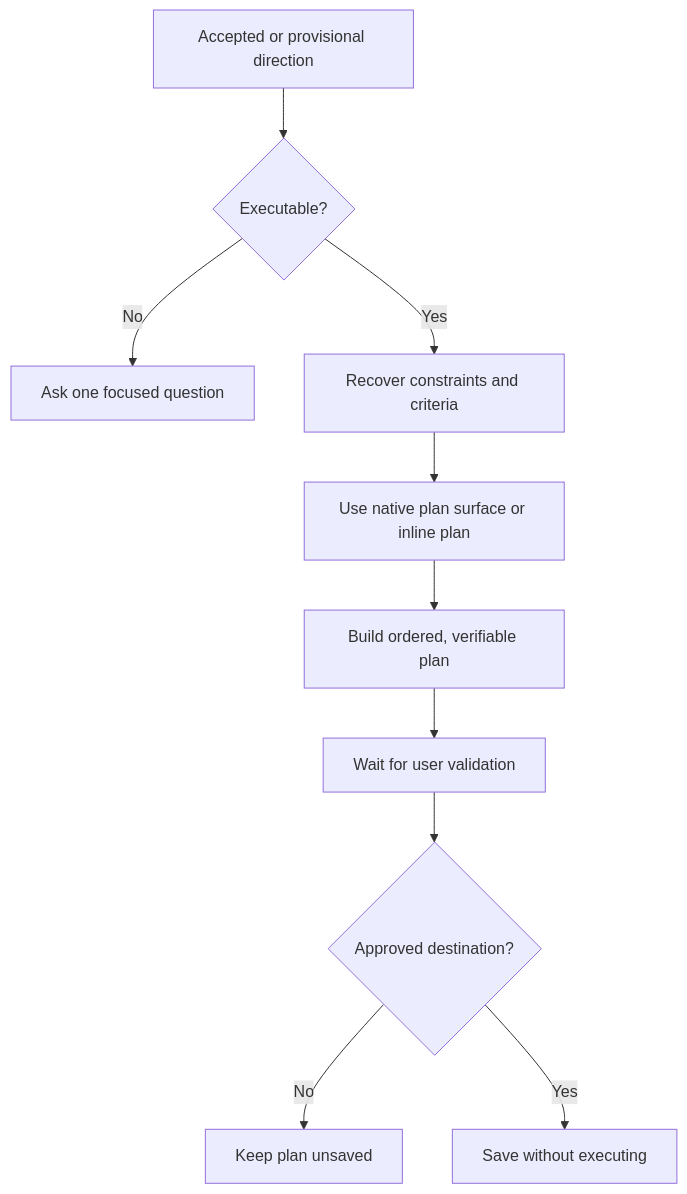
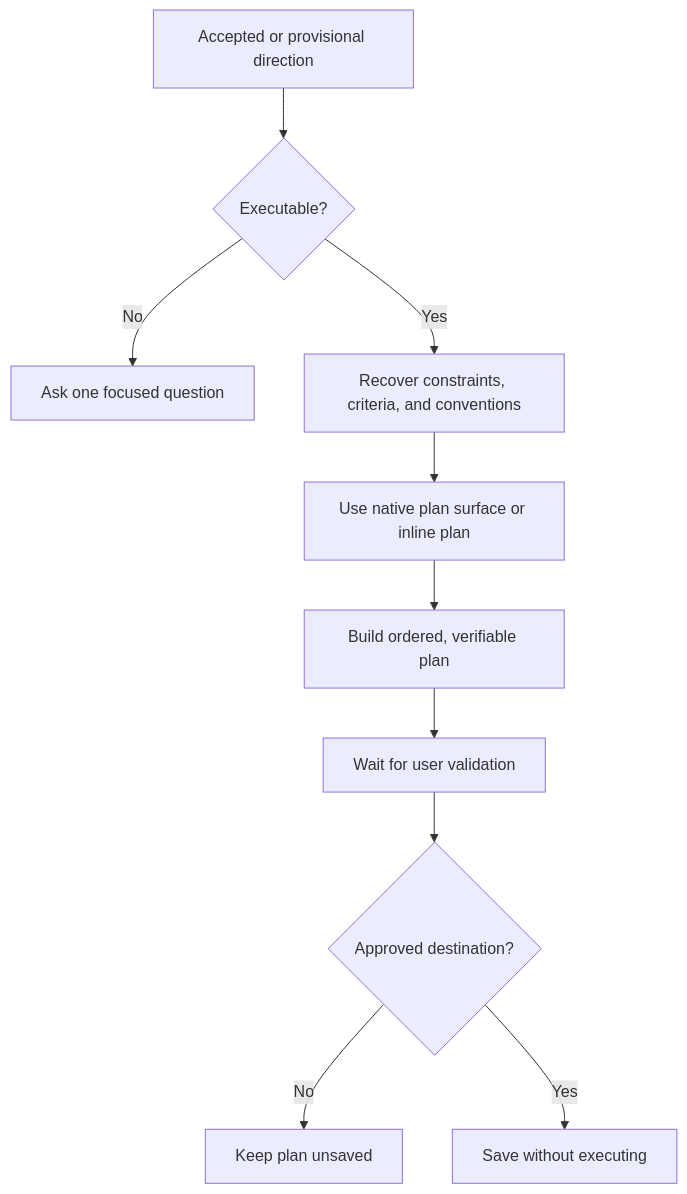
One commit to thevzion/think-it-through changed the diagram in plugins/think-it-through/skills/think-to-plan/SKILL.md. Above: the diagram before and after it, drawn with Mermaid. The commit also changed other lines of this file and 6 other files, not shown here.

````diff
--- a/plugins/think-it-through/skills/think-to-plan/SKILL.md
+++ b/plugins/think-it-through/skills/think-to-plan/SKILL.md
@@ -19,12 +19,12 @@
 ```mermaid
 flowchart TD
     A["Accepted or provisional direction"] --> B{"Executable?"}
     B -->|No| C["Ask one focused question"]
-    B -->|Yes| D["Recover constraints and criteria"]
+    B -->|Yes| D["Recover constraints, criteria, and conventions"]
     D --> E["Use native plan surface or inline plan"]
     E --> F["Build ordered, verifiable plan"]
     F --> G["Wait for user validation"]
     G --> H{"Approved destination?"}
     H -->|No| I["Keep plan unsaved"]
     H -->|Yes| J["Save without executing"]
 ```
````
